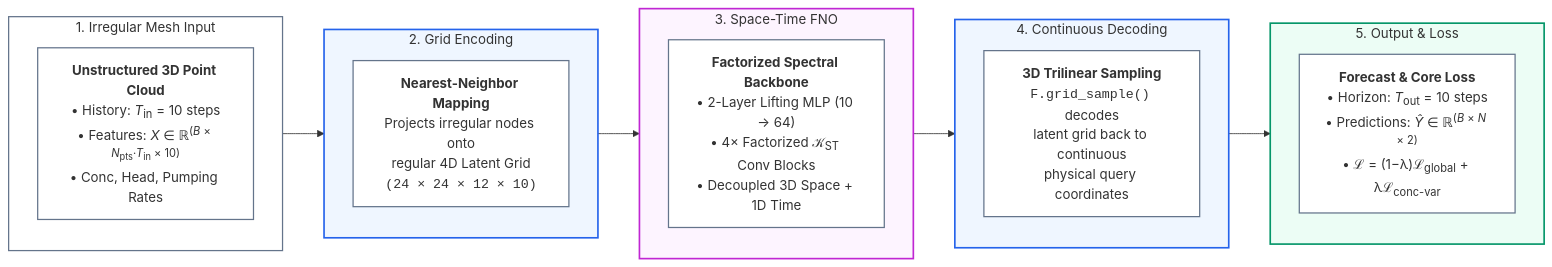
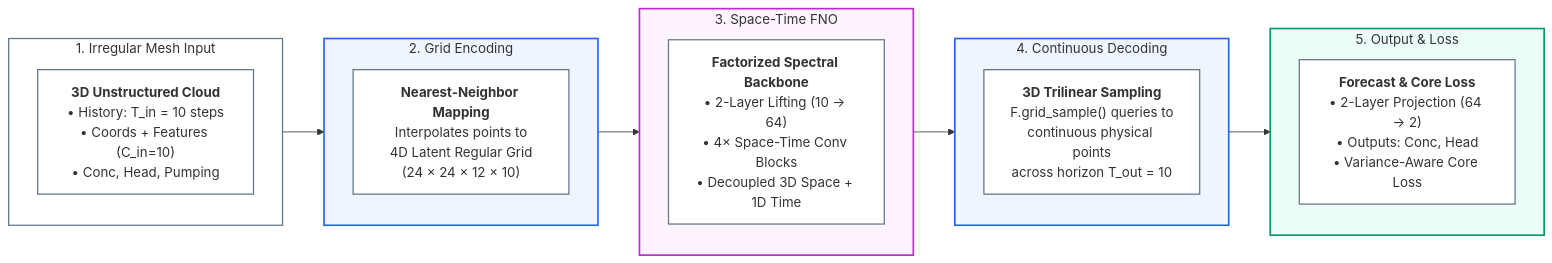
One commit to arpit-kapoor/GW_SciML changed the first of 2 diagrams in docs/space_time_fno_overview.md. Above: the diagram before and after it, drawn with Mermaid. The commit also changed other lines of this file, not shown here.

Commit message:
docs: refine Space-Time FNO diagrams and simplify loss formulation documentation

````diff
--- a/docs/space_time_fno_overview.md
+++ b/docs/space_time_fno_overview.md
@@ -11,39 +11,39 @@
 ```mermaid
 flowchart LR
     subgraph INPUT ["1. Irregular Mesh Input"]
         direction TB
-        in_pts["<b>Unstructured 3D Point Cloud</b><br/>• History: <i>T</i><sub>in</sub> = 10 steps<br/>• Features: <i>X</i> ∈ ℝ<sup>(<i>B</i> × <i>N</i><sub>pts</sub>·<i>T</i><sub>in</sub> × 10)</sup><br/>• Conc, Head, Pumping Rates"]
+        in_pts["<b>3D Unstructured Cloud</b><br/>• History: T_in = 10 steps<br/>• Coords + Features (C_in=10)<br/>• Conc, Head, Pumping"]
     end
 
     subgraph ENCODE ["2. Grid Encoding"]
         direction TB
-        enc["<b>Nearest-Neighbor Mapping</b><br/>Projects irregular nodes onto<br/>regular 4D Latent Grid<br/><code>(24 × 24 × 12 × 10)</code>"]
+        enc["<b>Nearest-Neighbor Mapping</b><br/>Interpolates points to<br/>4D Latent Regular Grid<br/>(24 × 24 × 12 × 10)"]
     end
 
     subgraph BACKBONE ["3. Space-Time FNO"]
         direction TB
-        fno["<b>Factorized Spectral Backbone</b><br/>• 2-Layer Lifting MLP (10 → 64)<br/>• 4× Factorized 𝒦<sub>ST</sub> Conv Blocks<br/>• Decoupled 3D Space + 1D Time"]
+        fno["<b>Factorized Spectral Backbone</b><br/>• 2-Layer Lifting (10 → 64)<br/>• 4× Space-Time Conv Blocks<br/>• Decoupled 3D Space + 1D Time"]
     end
 
     subgraph DECODE ["4. Continuous Decoding"]
         direction TB
-        dec["<b>3D Trilinear Sampling</b><br/><code>F.grid_sample()</code> decodes<br/>latent grid back to continuous<br/>physical query coordinates"]
+        dec["<b>3D Trilinear Sampling</b><br/>F.grid_sample() queries to<br/>continuous physical points<br/>across horizon T_out = 10"]
     end
 
     subgraph OUTPUT ["5. Output & Loss"]
         direction TB
-        out["<b>Forecast & Core Loss</b><br/>• Horizon: <i>T</i><sub>out</sub> = 10 steps<br/>• Predictions: <i>Ŷ</i> ∈ ℝ<sup>(<i>B</i> × <i>N</i> × 2)</sup><br/>• ℒ = (1−λ)ℒ<sub>global</sub> + λℒ<sub>conc-var</sub>"]
+        out["<b>Forecast & Core Loss</b><br/>• 2-Layer Projection (64 → 2)<br/>• Outputs: Conc, Head<br/>• Variance-Aware Core Loss"]
     end
 
     INPUT --> ENCODE --> BACKBONE --> DECODE --> OUTPUT
 
     classDef default fill:#ffffff,stroke:#64748b,stroke-width:1.5px;
     classDef highlight fill:#eff6ff,stroke:#2563eb,stroke-width:2px;
     classDef accent fill:#fdf4ff,stroke:#c026d3,stroke-width:2px;
     classDef success fill:#ecfdf5,stroke:#059669,stroke-width:2px;
 
     class INPUT default;
     class ENCODE,DECODE highlight;
     class BACKBONE accent;
     class OUTPUT success;
 ```
````
